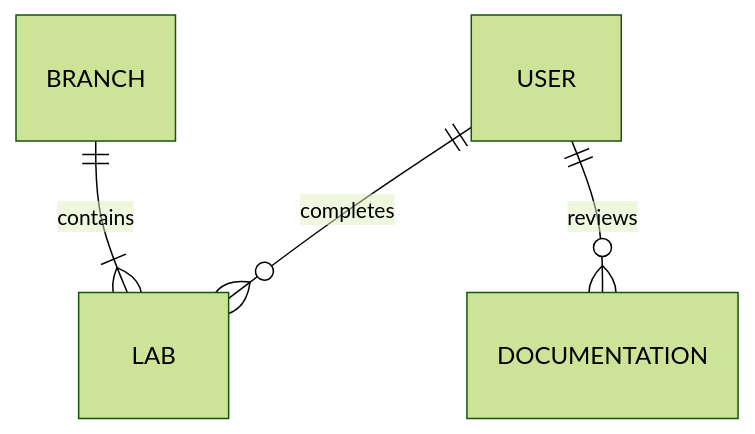
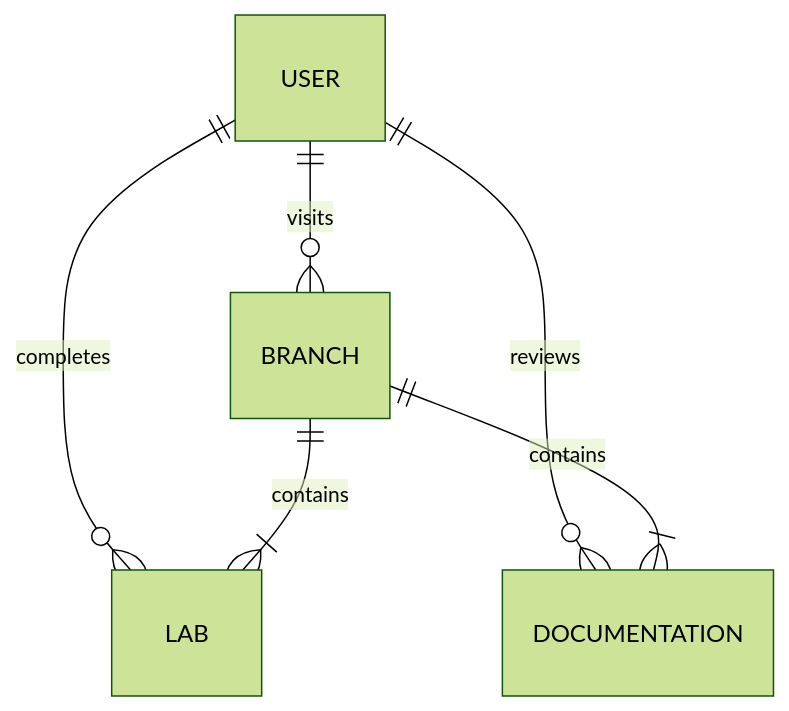
One commit to Shawn-1992/Group-1-repo-projects changed the diagram in README.md. Above: the diagram before and after it, drawn with Mermaid (forest theme).

Commit message:
Update README.md
Updated Mermaid diagram in Readme file to be more accurate.

````diff
--- a/README.md
+++ b/README.md
@@ -28,6 +28,8 @@
 ```mermaid
 erDiagram
+    USER ||--o{ BRANCH : visits
+    USER ||--o{ DOCUMENTATION : reviews
     USER ||--o{ LAB : completes
-    USER ||--o{ DOCUMENTATION : reviews
     BRANCH ||--|{ LAB : contains
+    BRANCH ||--|{ DOCUMENTATION : contains
 ```
````
